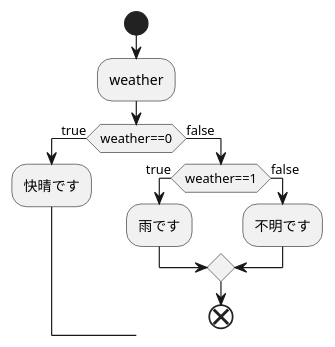
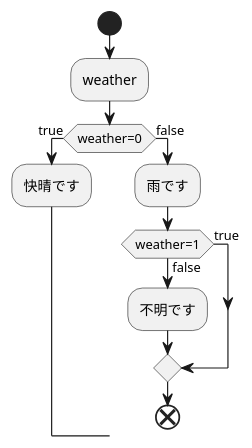
The diagram in kadai4_4.md (aso2001389/2021system), drawn with PlantUML before and after one commit.

````diff
--- a/kadai4_4.md
+++ b/kadai4_4.md
@@ -1,15 +1,15 @@
 ```uml
 @startuml
 start
 :weather;
-if(weather==0)then(true)
+if(weather=0)then(true)
 :快晴です;
 else(false)
-if(weather==1)then(true)
 :雨です;
+if(weather=1)then(true)
 else(false)
 :不明です;
 endif
 end
 @enduml
 ```
````
